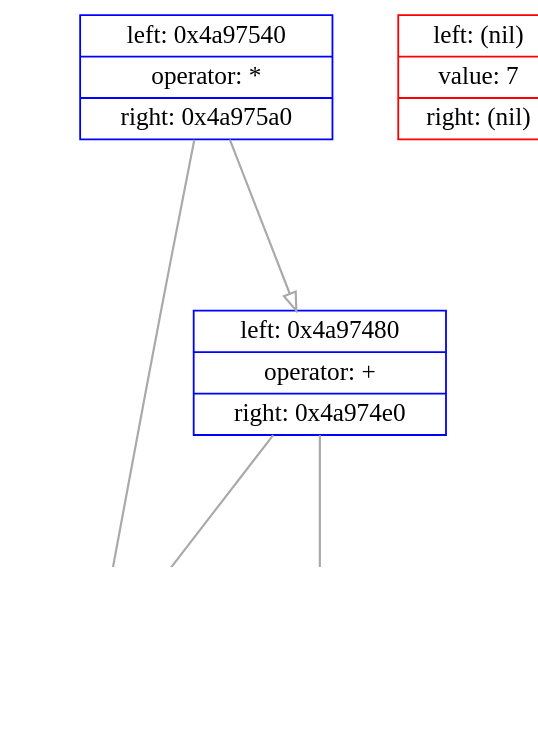
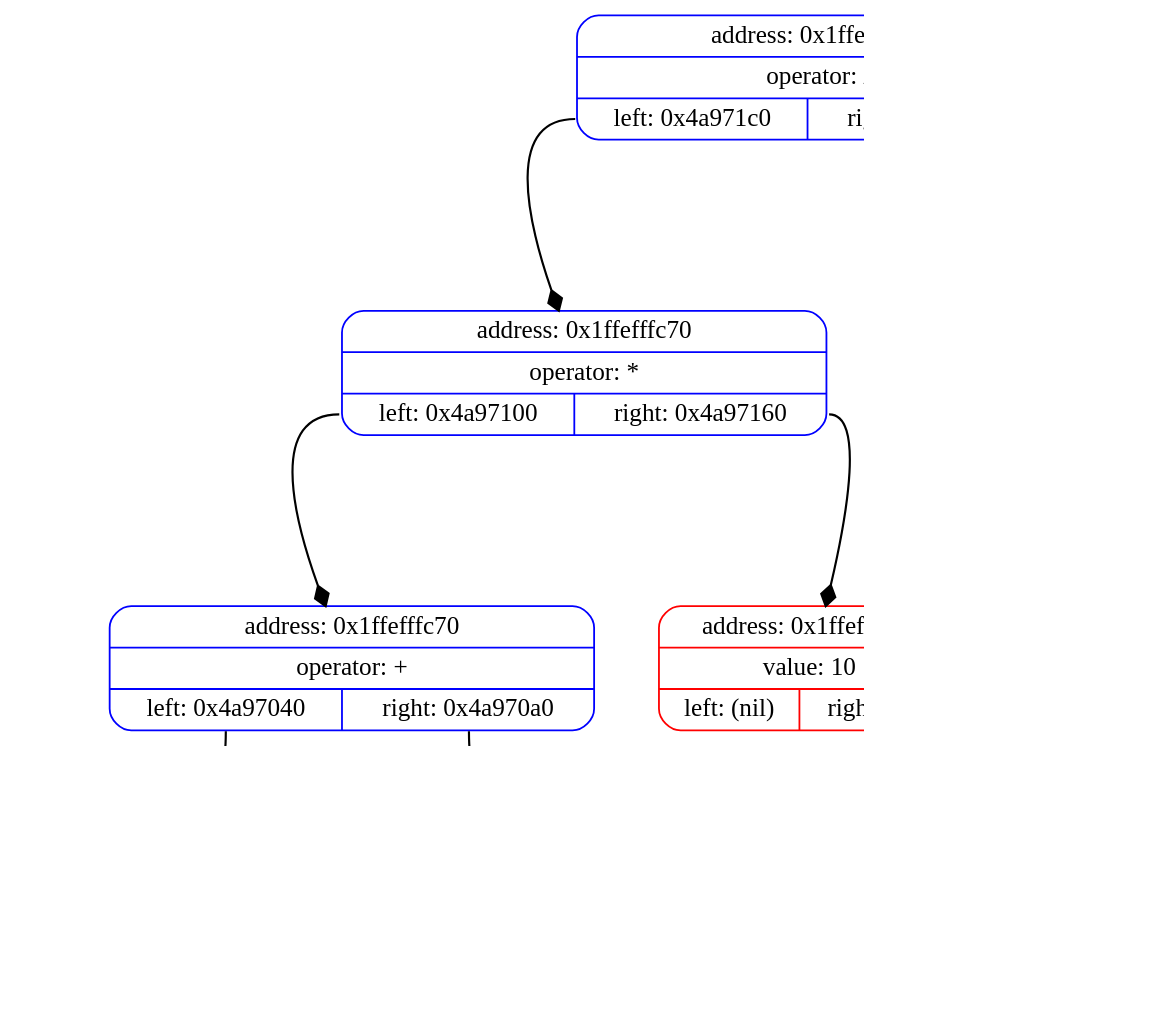
One commit to VictorBerbenets/Differentiator changed the diagram in data/list.dot. Above: the diagram before and after it, drawn with Graphviz. The commit also changed 5 other files, not shown here.

Commit message:
made graph dump(seems working)

```diff
--- a/data/list.dot
+++ b/data/list.dot
@@ -1,18 +1,28 @@
 digraph List {
 	dpi = 100;
 	fontname = "Comic Sans MS";
 	fontsize = 20;
 	rankdir  = TB;
 graph [fillcolor = lightgreen, ranksep = 1.3, nodesep = 0.5, style = "rounded", color = green, penwidth = 2];
-edge [color = darkgrey, arrowhead = onormal, arrowsize = 1, penwidth = 1.2];
-node1 [shape = record, color = blue, style = solid, label = "{left: 0x4a97540| operator: *| right: 0x4a975a0}"]
-node1 -> node2; node1 -> node3; 
-node2 [shape = record, color = blue, style = solid, label = "{left: 0x4a97480| operator: +| right: 0x4a974e0}"]
-node2 -> node3; node2 -> node4; 
-node3 [shape = record, color = red, style = solid, label = "{left: (nil)| value: 10| right: (nil)}"]
+edge [color = dark, arrowhead = diamond, arrowsize = 1, penwidth = 1.2];
+node1 [shape = Mrecord, color = blue, style = solid, label = "{address: 0x1ffefffc70|operator: /| { <ptr1> left: 0x4a971c0| <ptr2> right: 0x4a97280}}"]
+node2 [shape = Mrecord, color = blue, style = solid, label = "{address: 0x1ffefffc70|operator: /| { <ptr1> left: 0x4a971c0| <ptr2> right: 0x4a97280}}"]
+node1: <ptr1> -> node2; node3 [shape = Mrecord, color = blue, style = solid, label = "{address: 0x1ffefffc70|operator: /| { <ptr1> left: 0x4a971c0| <ptr2> right: 0x4a97280}}"]
+node1: <ptr2> -> node3; 
+node2 [shape = Mrecord, color = blue, style = solid, label = "{address: 0x1ffefffc70|operator: *| { <ptr1> left: 0x4a97100| <ptr2> right: 0x4a97160}}"]
+node4 [shape = Mrecord, color = blue, style = solid, label = "{address: 0x1ffefffc70|operator: *| { <ptr1> left: 0x4a97100| <ptr2> right: 0x4a97160}}"]
+node2: <ptr1> -> node4; node5 [shape = Mrecord, color = blue, style = solid, label = "{address: 0x1ffefffc70|operator: *| { <ptr1> left: 0x4a97100| <ptr2> right: 0x4a97160}}"]
+node2: <ptr2> -> node5; 
+node3 [shape = Mrecord, color = red, style = solid, label = "{address: 0x1ffefffc70|value: -2| { <ptr1> left: (nil)| <ptr2> right: (nil)}}"]
 
-node4 [shape = record, color = red, style = solid, label = "{left: (nil)| value: 5| right: (nil)}"]
+node4 [shape = Mrecord, color = blue, style = solid, label = "{address: 0x1ffefffc70|operator: +| { <ptr1> left: 0x4a97040| <ptr2> right: 0x4a970a0}}"]
+node6 [shape = Mrecord, color = blue, style = solid, label = "{address: 0x1ffefffc70|operator: +| { <ptr1> left: 0x4a97040| <ptr2> right: 0x4a970a0}}"]
+node4: <ptr1> -> node6; node7 [shape = Mrecord, color = blue, style = solid, label = "{address: 0x1ffefffc70|operator: +| { <ptr1> left: 0x4a97040| <ptr2> right: 0x4a970a0}}"]
+node4: <ptr2> -> node7; 
+node5 [shape = Mrecord, color = red, style = solid, label = "{address: 0x1ffefffc70|value: 10| { <ptr1> left: (nil)| <ptr2> right: (nil)}}"]
 
-node5 [shape = record, color = red, style = solid, label = "{left: (nil)| value: 7| right: (nil)}"]
+node6 [shape = Mrecord, color = red, style = solid, label = "{address: 0x1ffefffc70|value: 5| { <ptr1> left: (nil)| <ptr2> right: (nil)}}"]
+
+node7 [shape = Mrecord, color = red, style = solid, label = "{address: 0x1ffefffc70|value: 7| { <ptr1> left: (nil)| <ptr2> right: (nil)}}"]
 
 }
```
